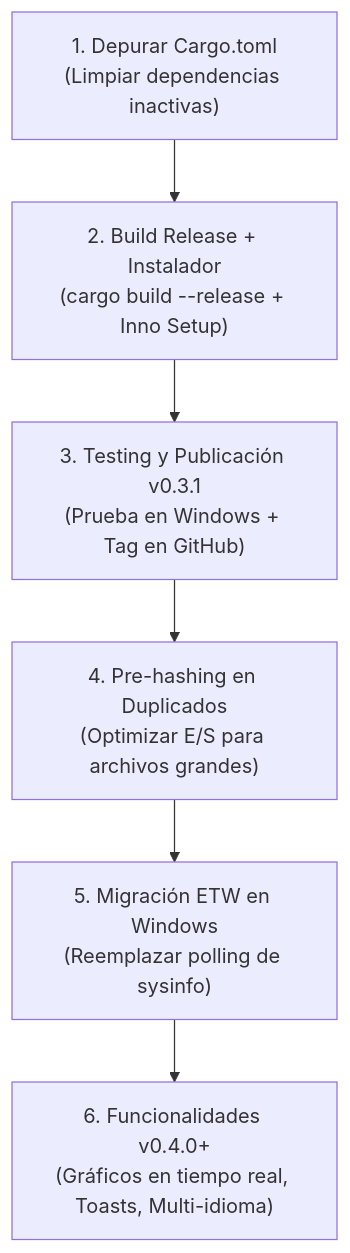
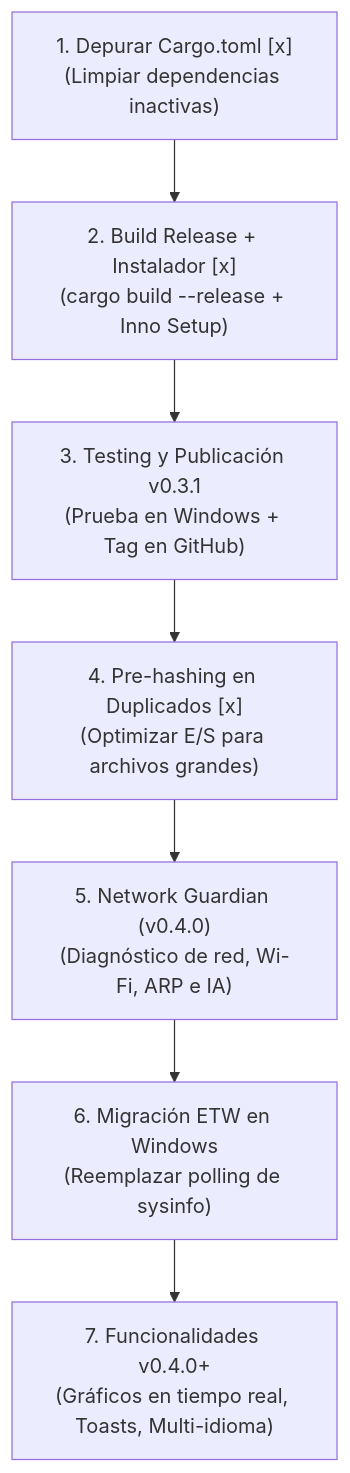
The diagram in planes/PLAN_DE_ACCION.md (H3rC4/syspulse), drawn with Mermaid before and after one commit. The commit also changed other lines of this file and 30 other files, not shown here.

Commit message:
feat: v0.4.0-preview PIE Core & Network Guardian (Fases 0 a 4.3 completadas provisionalmente para auditoria)

````diff
--- a/planes/PLAN_DE_ACCION.md
+++ b/planes/PLAN_DE_ACCION.md
@@ -48,8 +50,9 @@
 ```mermaid
 flowchart TD
-    Paso1["1. Depurar Cargo.toml<br>(Limpiar dependencias inactivas)"] --> Paso2["2. Build Release + Instalador<br>(cargo build --release + Inno Setup)"]
+    Paso1["1. Depurar Cargo.toml [x]<br>(Limpiar dependencias inactivas)"] --> Paso2["2. Build Release + Instalador [x]<br>(cargo build --release + Inno Setup)"]
     Paso2 --> Paso3["3. Testing y Publicación v0.3.1<br>(Prueba en Windows + Tag en GitHub)"]
-    Paso3 --> Paso4["4. Pre-hashing en Duplicados<br>(Optimizar E/S para archivos grandes)"]
-    Paso4 --> Paso5["5. Migración ETW en Windows<br>(Reemplazar polling de sysinfo)"]
-    Paso5 --> Paso6["6. Funcionalidades v0.4.0+<br>(Gráficos en tiempo real, Toasts, Multi-idioma)"]
+    Paso3 --> Paso4["4. Pre-hashing en Duplicados [x]<br>(Optimizar E/S para archivos grandes)"]
+    Paso4 --> Paso5["5. Network Guardian (v0.4.0)<br>(Diagnóstico de red, Wi-Fi, ARP e IA)"]
+    Paso5 --> Paso6["6. Migración ETW en Windows<br>(Reemplazar polling de sysinfo)"]
+    Paso6 --> Paso7["7. Funcionalidades v0.4.0+<br>(Gráficos en tiempo real, Toasts, Multi-idioma)"]
 ```
````
